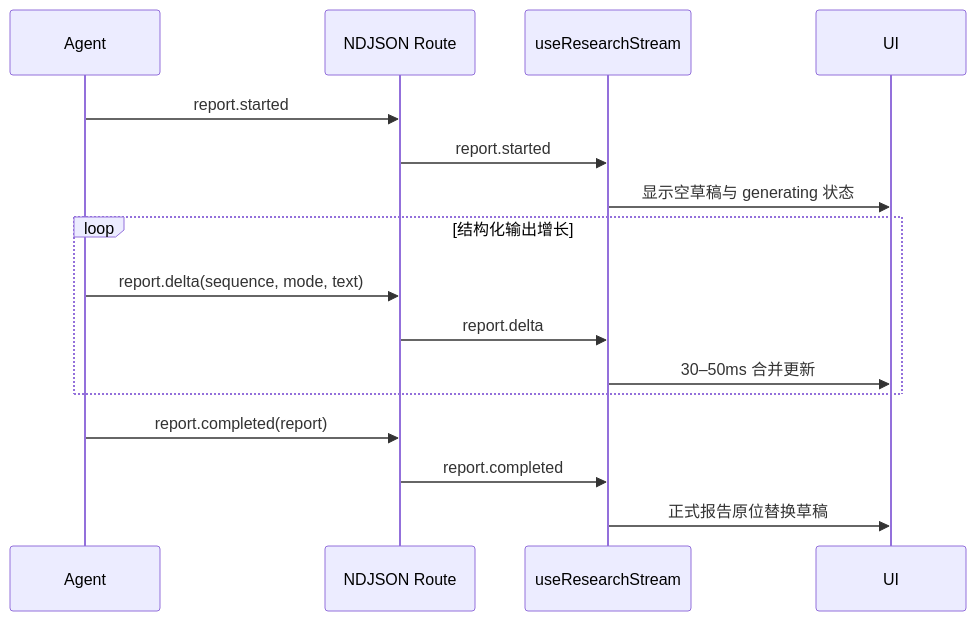
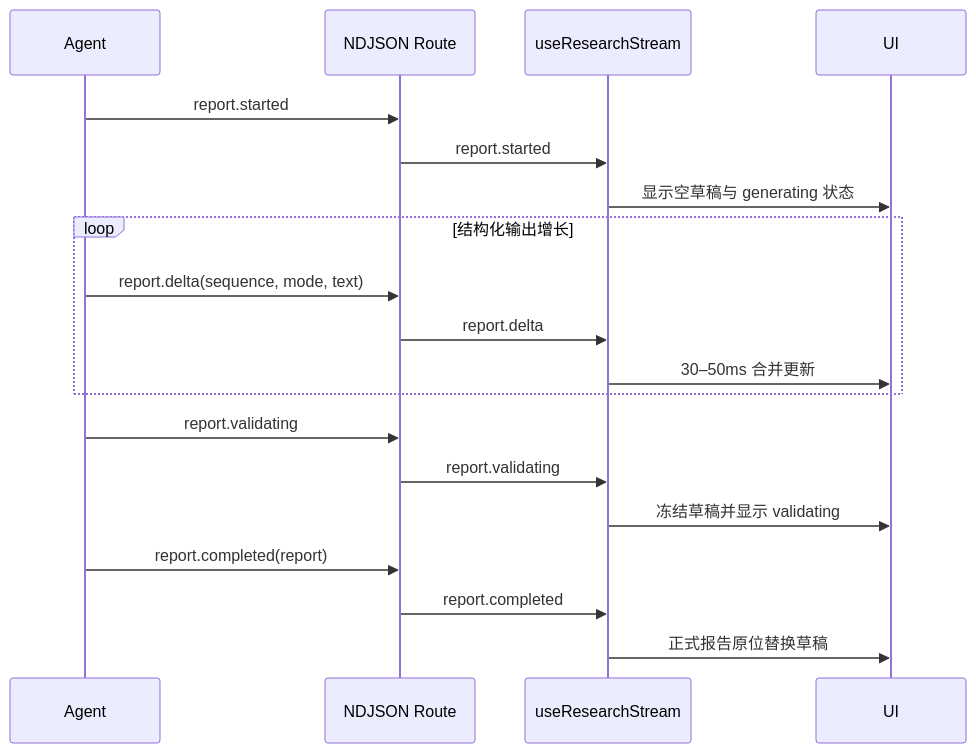
One commit to nightsu/research-agent-demo changed the third of 4 diagrams in docs/superpowers/specs/2026-07-16-streaming-research-report-design.md. Above: the diagram before and after it, drawn with Mermaid. The commit also changed other lines of this file, not shown here.

Commit message:
docs: clarify report validation event

````diff
--- a/docs/superpowers/specs/2026-07-16-streaming-research-report-design.md
+++ b/docs/superpowers/specs/2026-07-16-streaming-research-report-design.md
@@ -153,19 +153,22 @@
 ```mermaid
 sequenceDiagram
     participant Agent
     participant Route as NDJSON Route
     participant Hook as useResearchStream
     participant UI
 
     Agent->>Route: report.started
     Route->>Hook: report.started
     Hook->>UI: 显示空草稿与 generating 状态
     loop 结构化输出增长
         Agent->>Route: report.delta(sequence, mode, text)
         Route->>Hook: report.delta
         Hook->>UI: 30–50ms 合并更新
     end
+    Agent->>Route: report.validating
+    Route->>Hook: report.validating
+    Hook->>UI: 冻结草稿并显示 validating
     Agent->>Route: report.completed(report)
     Route->>Hook: report.completed
     Hook->>UI: 正式报告原位替换草稿
 ```
````
